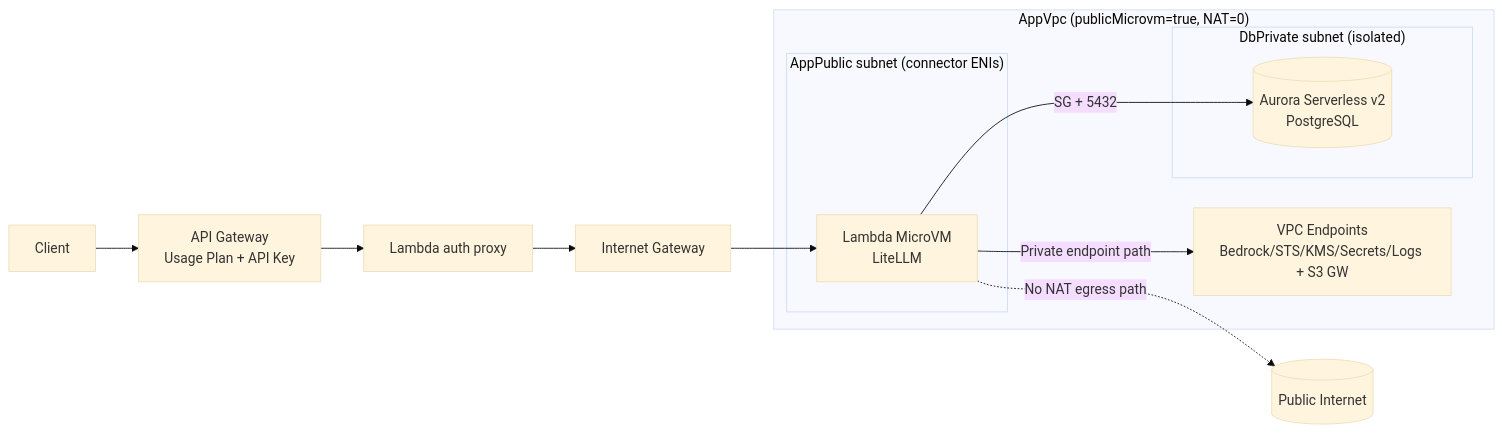
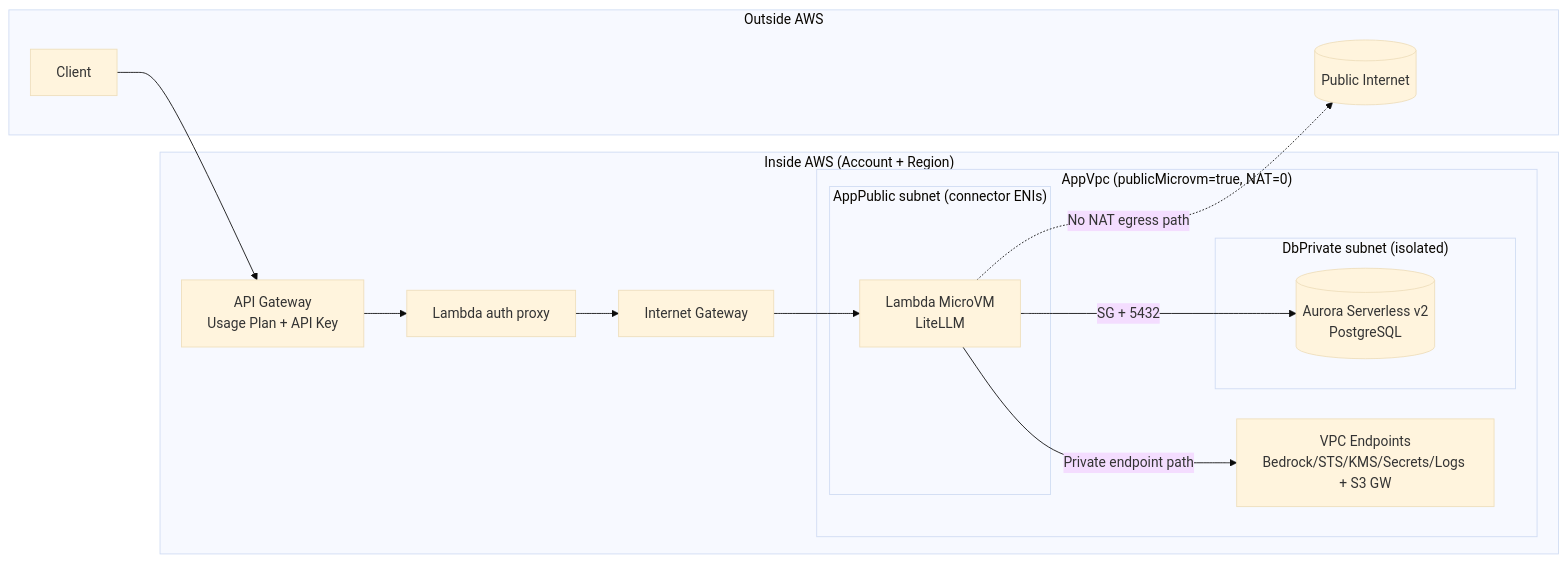
The first of 3 diagrams in README.md (wongcyrus/litellm-aws-lambda-microvm-serverless), drawn with Mermaid (base theme) before and after one commit. The commit also changed other lines of this file, not shown here.

Commit message:
Add Inside/Outside AWS boundaries to diagrams

````diff
--- a/README.md
+++ b/README.md
@@ -11,28 +11,29 @@
 ```mermaid
 flowchart LR
-  C[Client]
-  APIGW[API Gateway<br/>Usage Plan + API Key]
-  Proxy[Lambda auth proxy]
-  Internet[(Public Internet)]
-  IGW[Internet Gateway]
-  MicroVM[Lambda MicroVM<br/>LiteLLM]
-  Aurora[(Aurora Serverless v2<br/>PostgreSQL)]
-  VPCE[VPC Endpoints<br/>Bedrock/STS/KMS/Secrets/Logs + S3 GW]
+  subgraph OUT1["Outside AWS"]
+    C[Client]
+    Internet[(Public Internet)]
+  end
+
+  subgraph AWS1["Inside AWS (Account + Region)"]
+    APIGW[API Gateway<br/>Usage Plan + API Key]
+    Proxy[Lambda auth proxy]
+    IGW[Internet Gateway]
+
+    subgraph VPC1["AppVpc (publicMicrovm=true, NAT=0)"]
+      subgraph APPPUB["AppPublic subnet (connector ENIs)"]
+        MicroVM[Lambda MicroVM<br/>LiteLLM]
+      end
+      subgraph DBPRIV1["DbPrivate subnet (isolated)"]
+        Aurora[(Aurora Serverless v2<br/>PostgreSQL)]
+      end
+      VPCE[VPC Endpoints<br/>Bedrock/STS/KMS/Secrets/Logs + S3 GW]
+    end
+  end
 
   C --> APIGW --> Proxy --> IGW
   IGW --> MicroVM
-
-  subgraph VPC1["AppVpc (publicMicrovm=true, NAT=0)"]
-    subgraph APPPUB["AppPublic subnet (connector ENIs)"]
-      MicroVM
-    end
-    subgraph DBPRIV1["DbPrivate subnet (isolated)"]
-      Aurora
-    end
-    VPCE
-  end
-
   MicroVM -->|SG + 5432| Aurora
   MicroVM -->|Private endpoint path| VPCE
   MicroVM -.->|No NAT egress path| Internet
 ```
````
